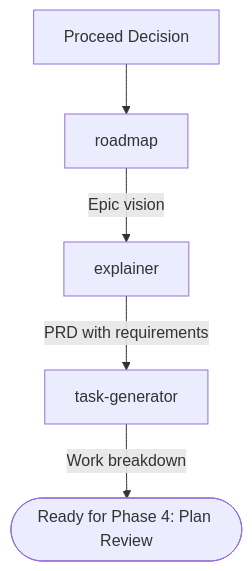
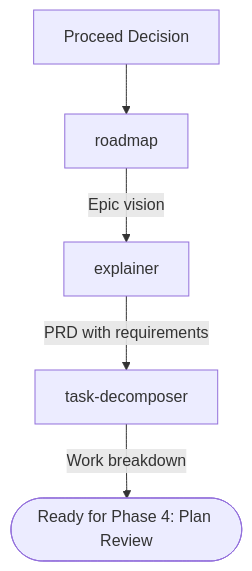
The sixth of 10 diagrams in .agents/AGENT-SYSTEM.md (rjmurillo/ai-agents), drawn with Mermaid before and after one commit. The commit also changed other lines of this file and 159 other files, not shown here.

````diff
--- a/.agents/AGENT-SYSTEM.md
+++ b/.agents/AGENT-SYSTEM.md
@@ -881,7 +881,7 @@
 ```mermaid
 flowchart TD
     A[Proceed Decision] --> B[roadmap]
     B -->|Epic vision| C[explainer]
-    C -->|PRD with requirements| D[task-generator]
+    C -->|PRD with requirements| D[task-decomposer]
     D -->|Work breakdown| E([Ready for Phase 4: Plan Review])
 ```
````
